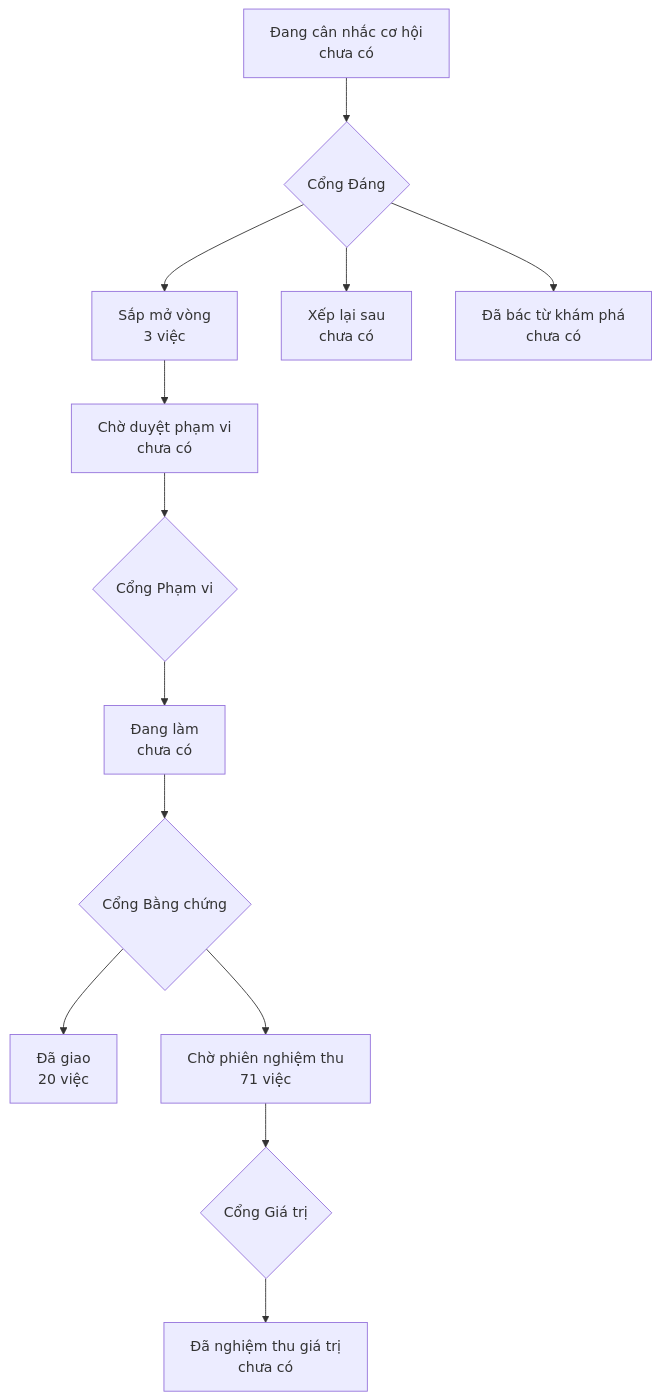
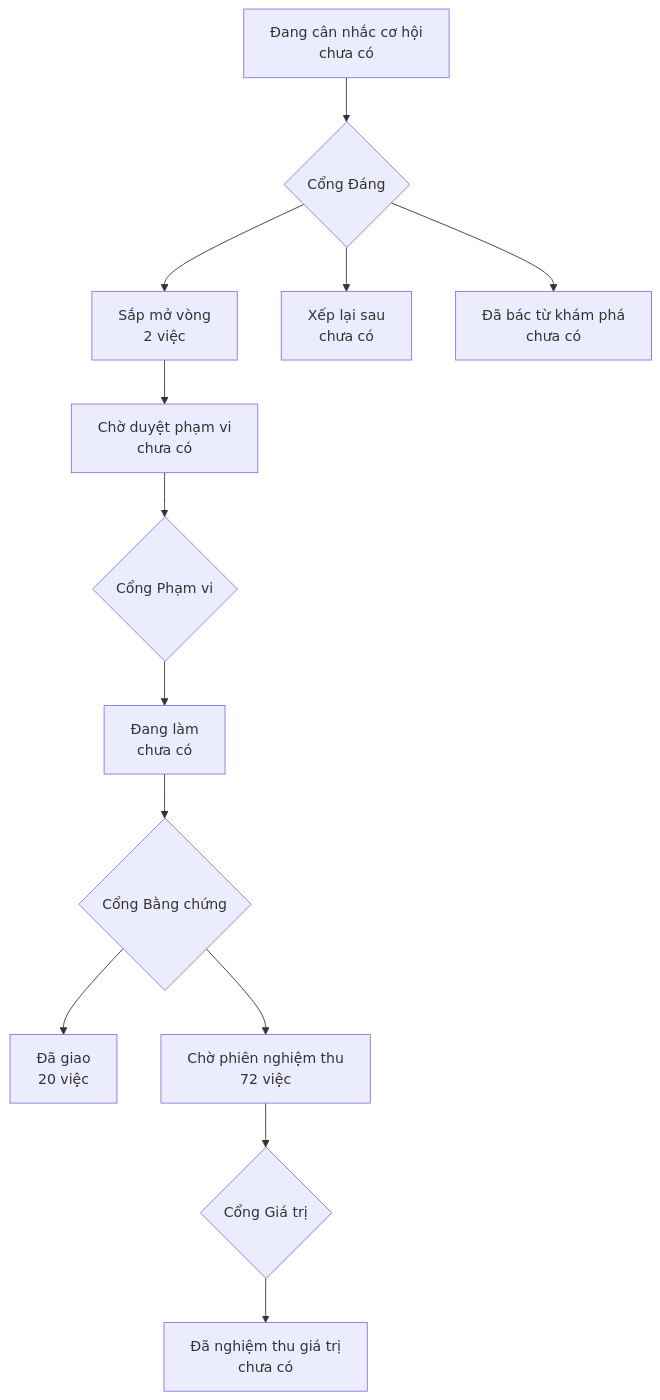
The diagram in PRODUCT-MAP.md (phanlemanh/onehub-quy-hang), drawn with Mermaid before and after one commit. The commit also changed 1 other file, not shown here.

Commit message:
chore: vẽ lại bản đồ sản phẩm và lộ trình sau gộp main

````diff
--- a/PRODUCT-MAP.md
+++ b/PRODUCT-MAP.md
@@ -7,12 +7,12 @@
 ```mermaid
 flowchart TD
   A["Đang cân nhắc cơ hội<br/>chưa có"] --> GD{"Cổng Đáng"}
-  GD --> B["Sắp mở vòng<br/>3 việc"]
+  GD --> B["Sắp mở vòng<br/>2 việc"]
   GD --> XL["Xếp lại sau<br/>chưa có"]
   GD --> DB["Đã bác từ khám phá<br/>chưa có"]
   B --> CD["Chờ duyệt phạm vi<br/>chưa có"] --> GP{"Cổng Phạm vi"}
   GP --> DL["Đang làm<br/>chưa có"] --> GB{"Cổng Bằng chứng"}
   GB --> DG["Đã giao<br/>20 việc"]
-  GB --> CN["Chờ phiên nghiệm thu<br/>71 việc"] --> GG{"Cổng Giá trị"}
+  GB --> CN["Chờ phiên nghiệm thu<br/>72 việc"] --> GG{"Cổng Giá trị"}
   GG --> NT["Đã nghiệm thu giá trị<br/>chưa có"]
 ```
````
